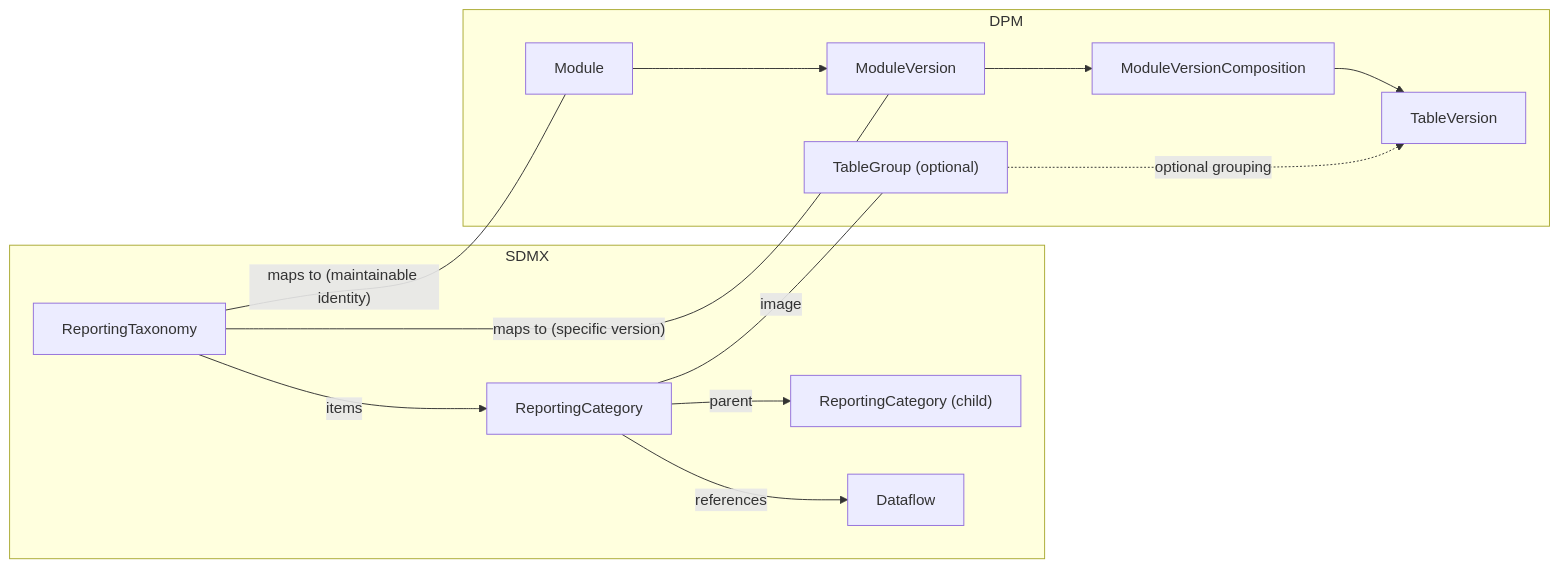
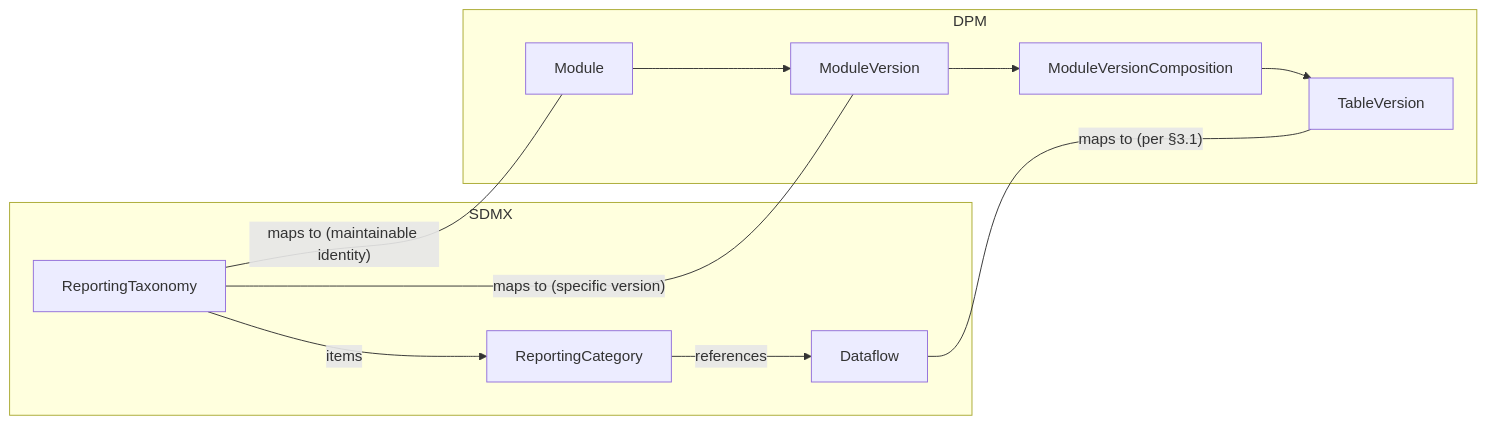
The ninth of 10 diagrams in docs/models-relationships/02_data_definition/03_detailed_mapping_rules.md (sdmx-twg/wp-sdmx-dpm), drawn with Mermaid before and after one commit. The commit also changed other lines of this file and 11 other files, not shown here.

````diff
--- a/docs/models-relationships/02_data_definition/03_detailed_mapping_rules.md
+++ b/docs/models-relationships/02_data_definition/03_detailed_mapping_rules.md
@@ -1503,26 +1501,22 @@
 ```mermaid
 flowchart LR
     subgraph SDMX
         RT["ReportingTaxonomy"]
-        RC1["ReportingCategory"]
-        RC2["ReportingCategory (child)"]
+        RC["ReportingCategory"]
         DF["Dataflow"]
-        RT -->|items| RC1
-        RC1 -->|parent| RC2
-        RC1 -->|references| DF
+        RT -->|items| RC
+        RC -->|references| DF
     end
     subgraph DPM
         M["Module"]
         MV["ModuleVersion"]
         MVC["ModuleVersionComposition"]
         TV["TableVersion"]
-        TG["TableGroup (optional)"]
         M --> MV
         MV --> MVC
         MVC --> TV
-        TG -.->|optional grouping| TV
     end
     RT ---|"maps to (maintainable identity)"| M
     RT ---|"maps to (specific version)"| MV
-    RC1 ---|"image"| TG
+    DF ---|"maps to (per §3.1)"| TV
 ```
````
